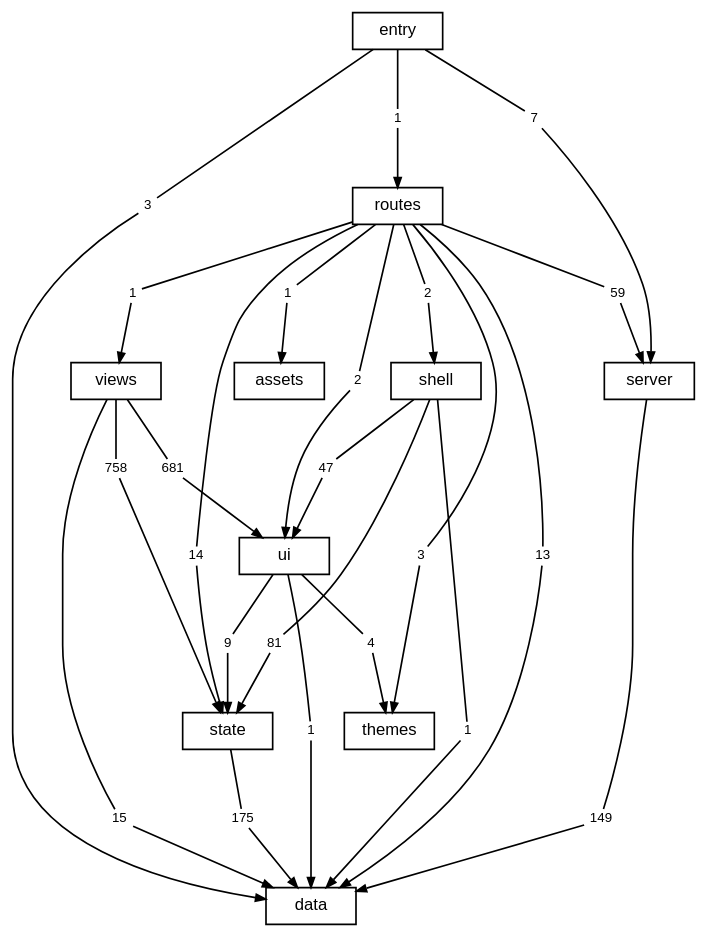
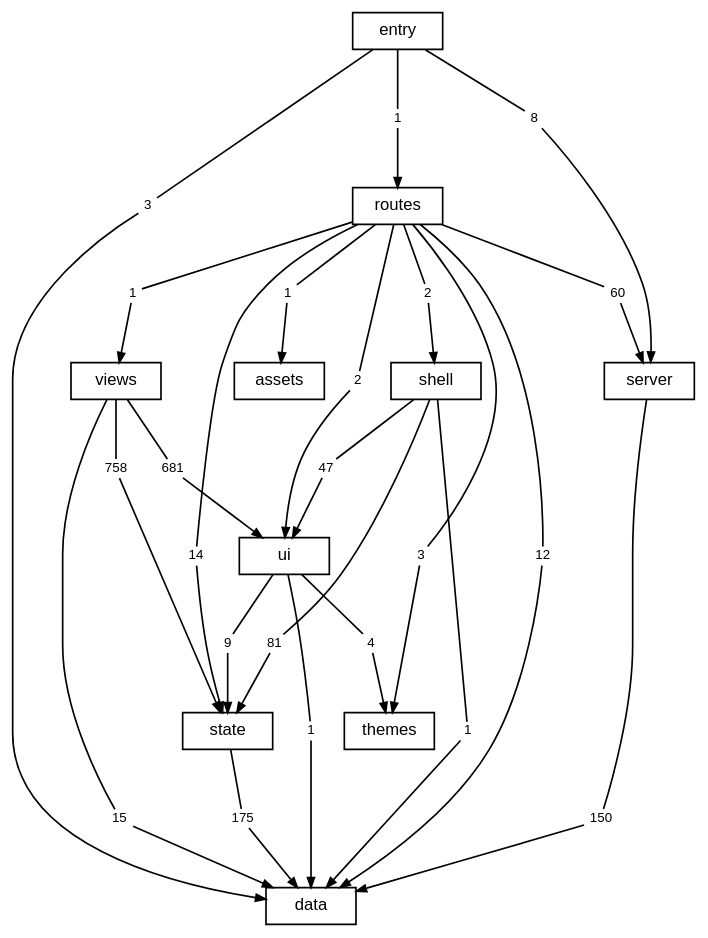
Before and after one commit to TheAxeC/oculus: the diagram in docs/diagrams/layers.dot, drawn with Graphviz. The commit also changed 117 other files, not shown here.

```diff
--- a/docs/diagrams/layers.dot
+++ b/docs/diagrams/layers.dot
@@ -1,81 +1,81 @@
 digraph layers {
     graph [bgcolor="transparent", rankdir=TB, newrank=true, fontname="Helvetica,Arial,sans-serif", fontsize=12, nodesep=0.2, ranksep=0.5];
     node [shape=box, color="black", fontcolor="black", fontname="Helvetica,Arial,sans-serif", fontsize=10, height=0.3, margin="0.12,0.04"];
     edge [color="black", fontcolor="black", fontname="Helvetica,Arial,sans-serif", fontsize=8, arrowsize=0.6];
     "data";
     "server";
     "state";
     "ui";
     "shell";
     "views";
     "themes";
     "routes";
     "src" [label="entry"];
     "files: assets" [label="assets"];
-    "routes to data" [label="13", shape=box, color="transparent", fontsize=8, width=0, height=0, margin="0.04,0.02"];
+    "routes to data" [label="12", shape=box, color="transparent", fontsize=8, width=0, height=0, margin="0.04,0.02"];
     "routes" -> "routes to data" [arrowhead=none];
     "routes to data" -> "data" [];
     "routes to files: assets" [label="1", shape=box, color="transparent", fontsize=8, width=0, height=0, margin="0.04,0.02"];
     "routes" -> "routes to files: assets" [arrowhead=none];
     "routes to files: assets" -> "files: assets" [];
-    "routes to server" [label="59", shape=box, color="transparent", fontsize=8, width=0, height=0, margin="0.04,0.02"];
+    "routes to server" [label="60", shape=box, color="transparent", fontsize=8, width=0, height=0, margin="0.04,0.02"];
     "routes" -> "routes to server" [arrowhead=none];
     "routes to server" -> "server" [];
     "routes to shell" [label="2", shape=box, color="transparent", fontsize=8, width=0, height=0, margin="0.04,0.02"];
     "routes" -> "routes to shell" [arrowhead=none];
     "routes to shell" -> "shell" [];
     "routes to state" [label="14", shape=box, color="transparent", fontsize=8, width=0, height=0, margin="0.04,0.02"];
     "routes" -> "routes to state" [arrowhead=none];
     "routes to state" -> "state" [];
     "routes to themes" [label="3", shape=box, color="transparent", fontsize=8, width=0, height=0, margin="0.04,0.02"];
     "routes" -> "routes to themes" [arrowhead=none];
     "routes to themes" -> "themes" [];
     "routes to ui" [label="2", shape=box, color="transparent", fontsize=8, width=0, height=0, margin="0.04,0.02"];
     "routes" -> "routes to ui" [arrowhead=none];
     "routes to ui" -> "ui" [];
     "routes to views" [label="1", shape=box, color="transparent", fontsize=8, width=0, height=0, margin="0.04,0.02"];
     "routes" -> "routes to views" [arrowhead=none];
     "routes to views" -> "views" [];
-    "server to data" [label="149", shape=box, color="transparent", fontsize=8, width=0, height=0, margin="0.04,0.02"];
+    "server to data" [label="150", shape=box, color="transparent", fontsize=8, width=0, height=0, margin="0.04,0.02"];
     "server" -> "server to data" [arrowhead=none];
     "server to data" -> "data" [];
     "shell to data" [label="1", shape=box, color="transparent", fontsize=8, width=0, height=0, margin="0.04,0.02"];
     "shell" -> "shell to data" [arrowhead=none];
     "shell to data" -> "data" [];
     "shell to state" [label="81", shape=box, color="transparent", fontsize=8, width=0, height=0, margin="0.04,0.02"];
     "shell" -> "shell to state" [arrowhead=none];
     "shell to state" -> "state" [];
     "shell to ui" [label="47", shape=box, color="transparent", fontsize=8, width=0, height=0, margin="0.04,0.02"];
     "shell" -> "shell to ui" [arrowhead=none];
     "shell to ui" -> "ui" [];
     "src to data" [label="3", shape=box, color="transparent", fontsize=8, width=0, height=0, margin="0.04,0.02"];
     "src" -> "src to data" [arrowhead=none];
     "src to data" -> "data" [];
     "src to routes" [label="1", shape=box, color="transparent", fontsize=8, width=0, height=0, margin="0.04,0.02"];
     "src" -> "src to routes" [arrowhead=none];
     "src to routes" -> "routes" [];
-    "src to server" [label="7", shape=box, color="transparent", fontsize=8, width=0, height=0, margin="0.04,0.02"];
+    "src to server" [label="8", shape=box, color="transparent", fontsize=8, width=0, height=0, margin="0.04,0.02"];
     "src" -> "src to server" [arrowhead=none];
     "src to server" -> "server" [];
     "state to data" [label="175", shape=box, color="transparent", fontsize=8, width=0, height=0, margin="0.04,0.02"];
     "state" -> "state to data" [arrowhead=none];
     "state to data" -> "data" [];
     "ui to data" [label="1", shape=box, color="transparent", fontsize=8, width=0, height=0, margin="0.04,0.02"];
     "ui" -> "ui to data" [arrowhead=none];
     "ui to data" -> "data" [];
     "ui to state" [label="9", shape=box, color="transparent", fontsize=8, width=0, height=0, margin="0.04,0.02"];
     "ui" -> "ui to state" [arrowhead=none];
     "ui to state" -> "state" [];
     "ui to themes" [label="4", shape=box, color="transparent", fontsize=8, width=0, height=0, margin="0.04,0.02"];
     "ui" -> "ui to themes" [arrowhead=none];
     "ui to themes" -> "themes" [];
     "views to data" [label="15", shape=box, color="transparent", fontsize=8, width=0, height=0, margin="0.04,0.02"];
     "views" -> "views to data" [arrowhead=none];
     "views to data" -> "data" [];
     "views to state" [label="758", shape=box, color="transparent", fontsize=8, width=0, height=0, margin="0.04,0.02"];
     "views" -> "views to state" [arrowhead=none];
     "views to state" -> "state" [];
     "views to ui" [label="681", shape=box, color="transparent", fontsize=8, width=0, height=0, margin="0.04,0.02"];
     "views" -> "views to ui" [arrowhead=none];
     "views to ui" -> "ui" [];
 }
```
